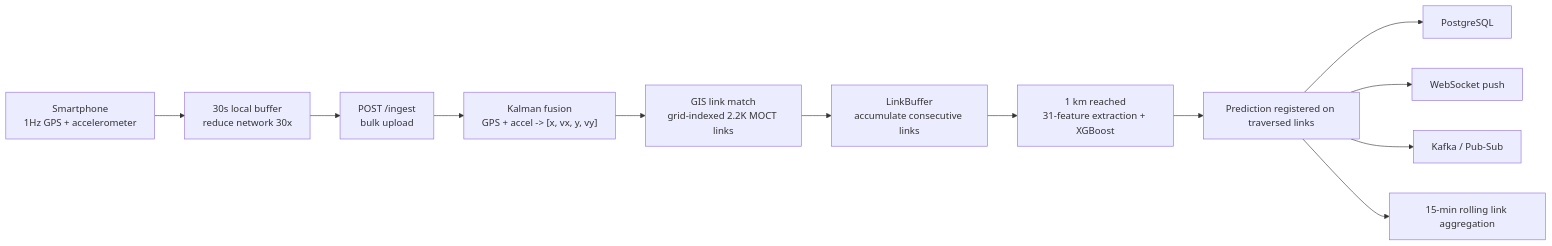
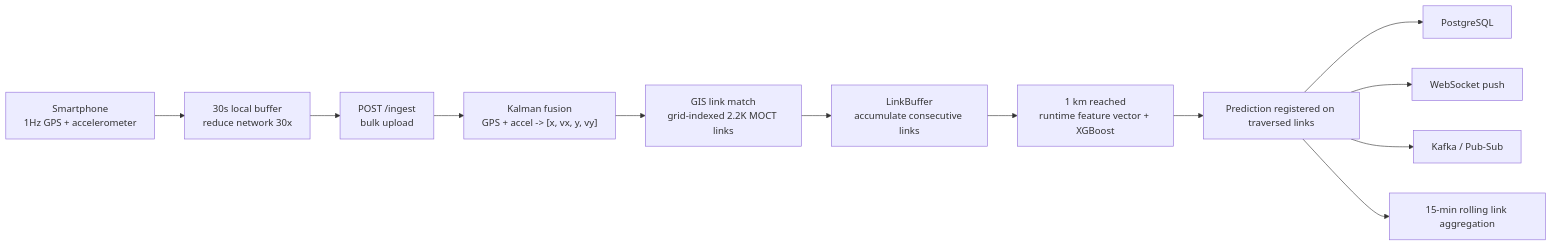
One commit to sewon-p/ml_project changed the third of 4 diagrams in README.md. Above: the diagram before and after it, drawn with Mermaid. The commit also changed other lines of this file and 1 other file, not shown here.

````diff
--- a/README.md
+++ b/README.md
@@ -273,14 +270,14 @@
 ```mermaid
 flowchart LR
     A["Smartphone<br/>1Hz GPS + accelerometer"] --> B["30s local buffer<br/>reduce network 30x"]
     B --> C["POST /ingest<br/>bulk upload"]
     C --> D["Kalman fusion<br/>GPS + accel -> [x, vx, y, vy]"]
     D --> E["GIS link match<br/>grid-indexed 2.2K MOCT links"]
     E --> F["LinkBuffer<br/>accumulate consecutive links"]
-    F --> G["1 km reached<br/>31-feature extraction + XGBoost"]
+    F --> G["1 km reached<br/>runtime feature vector + XGBoost"]
     G --> H["Prediction registered on traversed links"]
     H --> I["PostgreSQL"]
     H --> J["WebSocket push"]
     H --> K["Kafka / Pub-Sub"]
     H --> L["15-min rolling link aggregation"]
 ```
````
